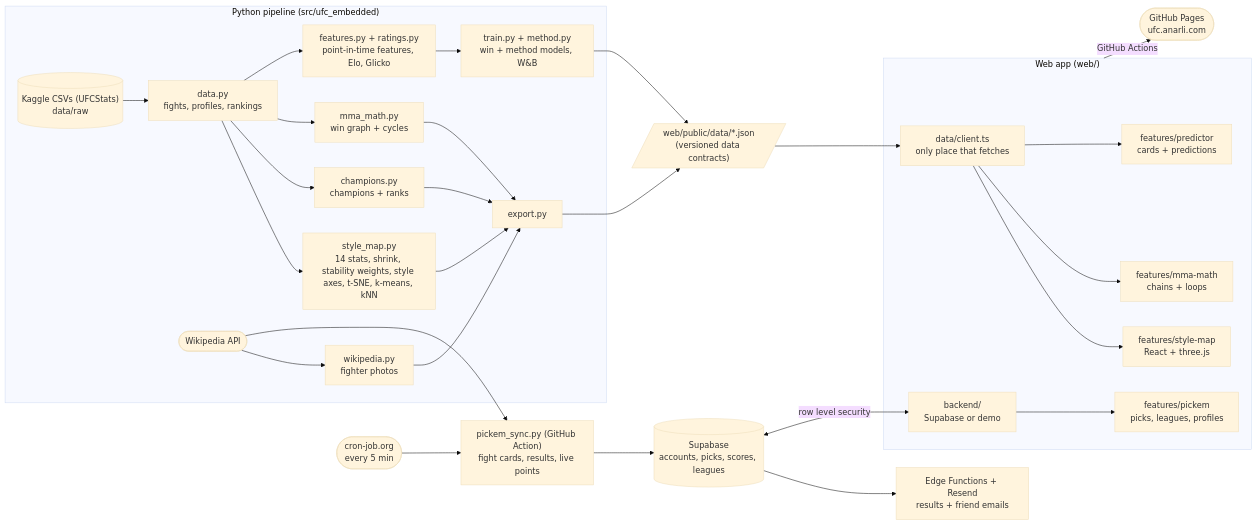
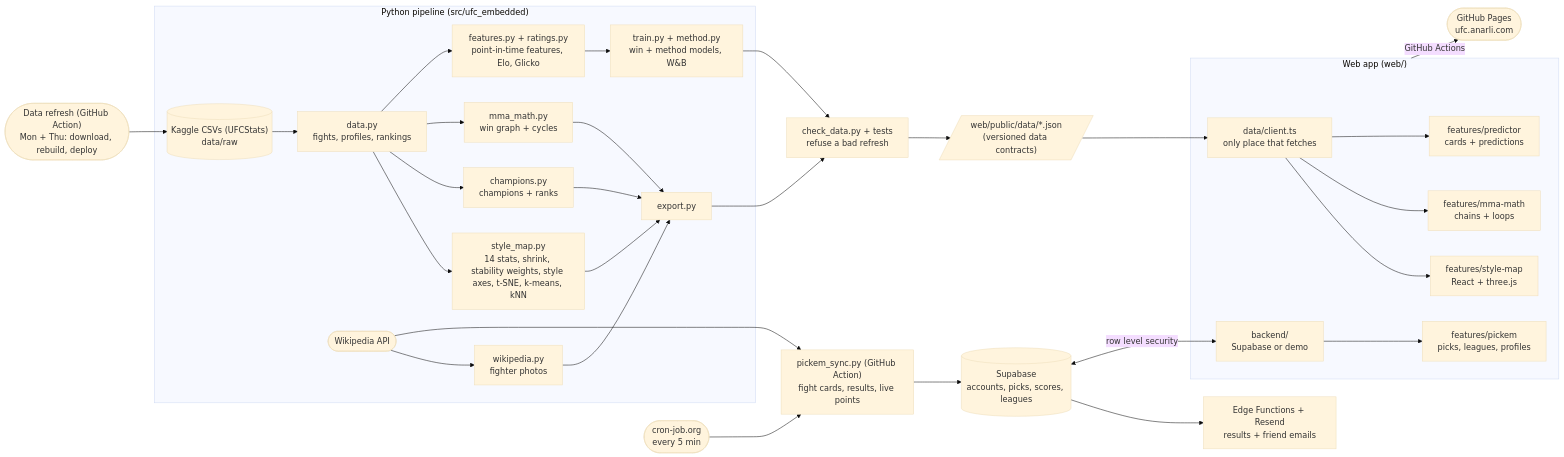
The diagram in README.md (abbasly/ufc_embedded), drawn with Mermaid (base theme) before and after one commit. The commit also changed other lines of this file, not shown here.

Commit message:
docs: data refresh in the architecture diagram

````diff
--- a/README.md
+++ b/README.md
@@ -107,34 +107,36 @@
 ```mermaid
 flowchart LR
     subgraph py["Python pipeline (src/ufc_embedded)"]
         raw[("Kaggle CSVs (UFCStats)<br/>data/raw")] --> data["data.py<br/>fights, profiles, rankings"]
         data --> sm["style_map.py<br/>14 stats, shrink, stability weights, style axes, t-SNE, k-means, kNN"]
         data --> champs["champions.py<br/>champions + ranks"]
         wiki(["Wikipedia API"]) --> photos["wikipedia.py<br/>fighter photos"]
         data --> mma["mma_math.py<br/>win graph + cycles"]
         data --> pit["features.py + ratings.py<br/>point-in-time features, Elo, Glicko"]
         pit --> train["train.py + method.py<br/>win + method models, W&B"]
         sm --> export["export.py"]
         champs --> export
         photos --> export
         mma --> export
     end
 
-    train --> json
-    export --> json[/"web/public/data/*.json<br/>(versioned data contracts)"/]
+    refresh(["Data refresh (GitHub Action)<br/>Mon + Thu: download, rebuild, deploy"]) --> raw
+    train --> check["check_data.py + tests<br/>refuse a bad refresh"]
+    export --> check
+    check --> json[/"web/public/data/*.json<br/>(versioned data contracts)"/]
 
     subgraph web["Web app (web/)"]
         client["data/client.ts<br/>only place that fetches"] --> feat["features/style-map<br/>React + three.js"]
         client --> mmaui["features/mma-math<br/>chains + loops"]
         client --> predui["features/predictor<br/>cards + predictions"]
         backend["backend/<br/>Supabase or demo"] --> pickui["features/pickem<br/>picks, leagues, profiles"]
     end
 
     json --> client
     web -->|"GitHub Actions"| pages(["GitHub Pages<br/>ufc.anarli.com"])
     cron(["cron-job.org<br/>every 5 min"]) --> sync["pickem_sync.py (GitHub Action)<br/>fight cards, results, live points"]
     wiki --> sync
     sync --> supa[("Supabase<br/>accounts, picks, scores, leagues")]
     supa --> mail["Edge Functions + Resend<br/>results + friend emails"]
     supa <-->|"row level security"| backend
 ```
````
